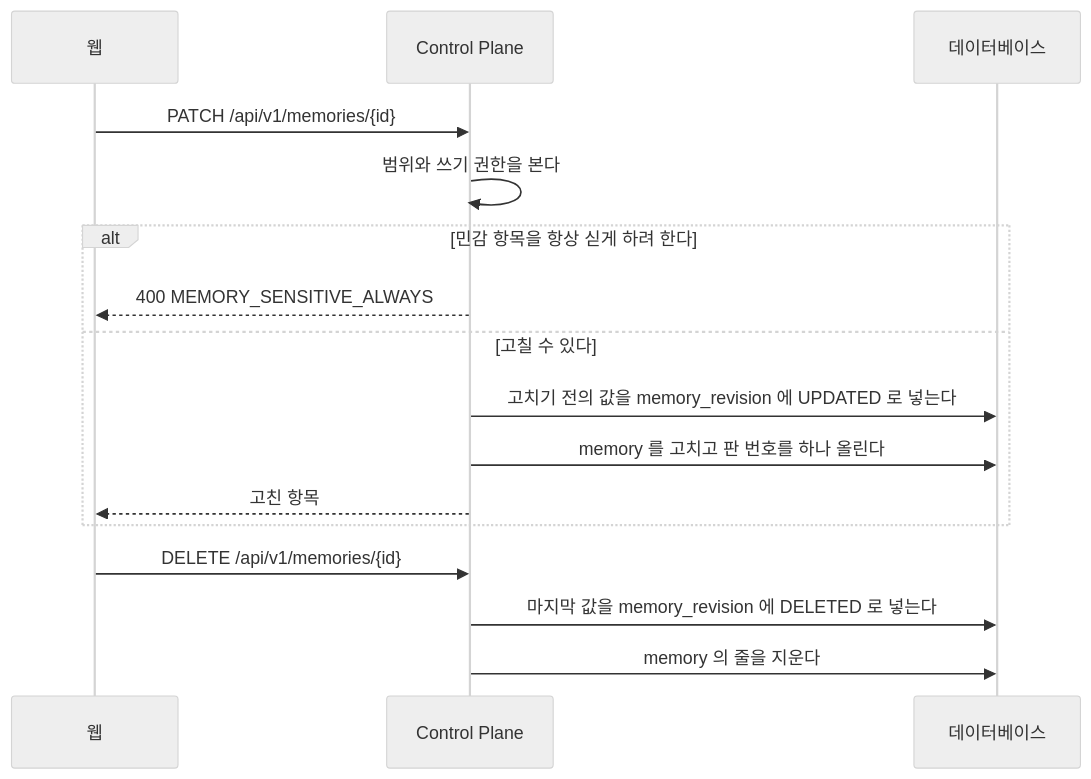
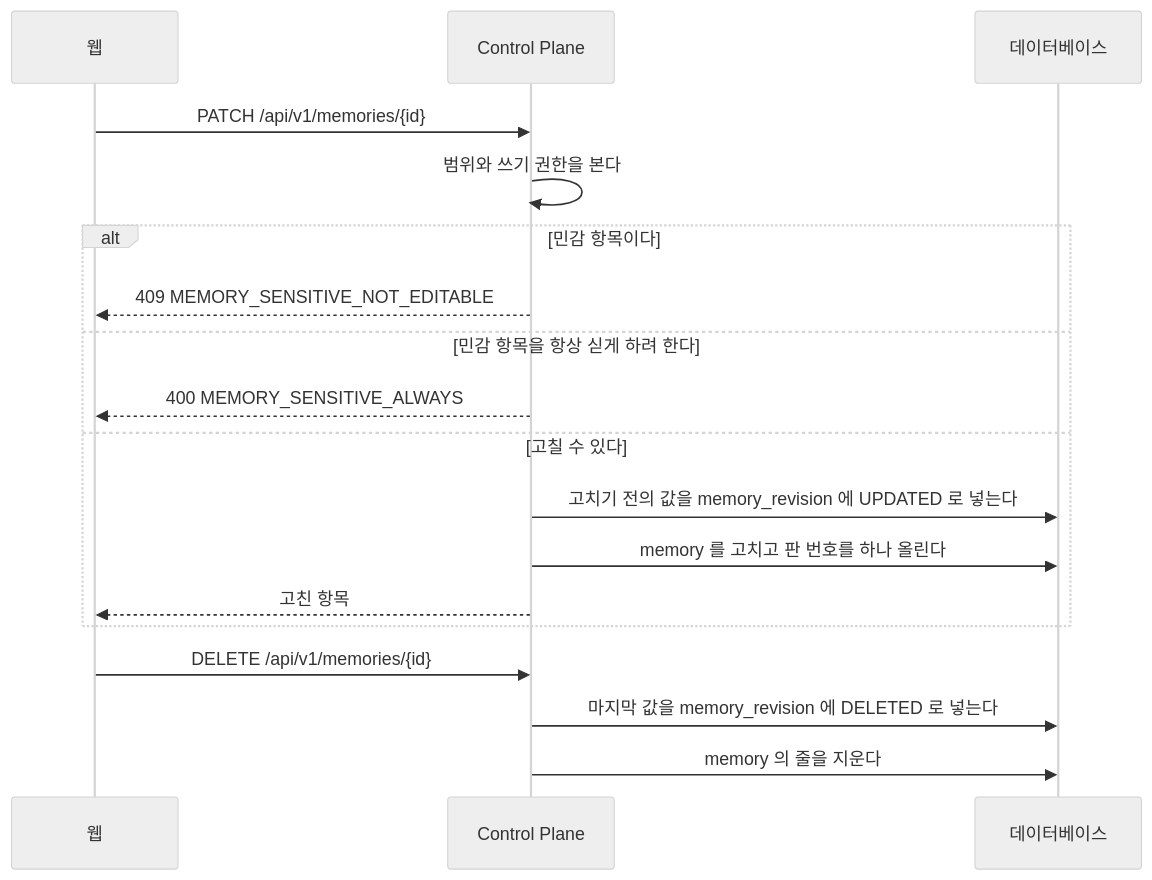
Before and after one commit to jon890/fos-assistant: diagram 20 of 33 in docs/flow.md, drawn with Mermaid (neutral theme). The commit also changed other lines of this file and 6 other files, not shown here.

````diff
--- a/docs/flow.md
+++ b/docs/flow.md
@@ -995,19 +995,21 @@
 ```mermaid
 sequenceDiagram
     participant W as 웹
     participant C as Control Plane
     participant D as 데이터베이스
 
     W->>C: PATCH /api/v1/memories/{id}
     C->>C: 범위와 쓰기 권한을 본다
-    alt 민감 항목을 항상 싣게 하려 한다
+    alt 민감 항목이다
+        C-->>W: 409 MEMORY_SENSITIVE_NOT_EDITABLE
+    else 민감 항목을 항상 싣게 하려 한다
         C-->>W: 400 MEMORY_SENSITIVE_ALWAYS
     else 고칠 수 있다
         C->>D: 고치기 전의 값을 memory_revision 에 UPDATED 로 넣는다
         C->>D: memory 를 고치고 판 번호를 하나 올린다
         C-->>W: 고친 항목
     end
     W->>C: DELETE /api/v1/memories/{id}
     C->>D: 마지막 값을 memory_revision 에 DELETED 로 넣는다
     C->>D: memory 의 줄을 지운다
 ```
````
